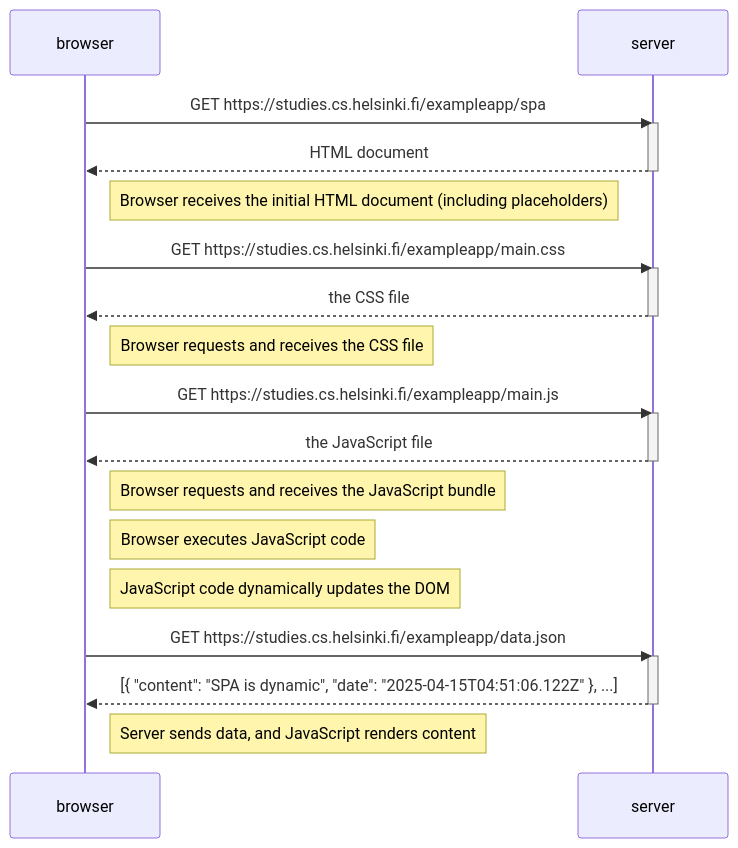
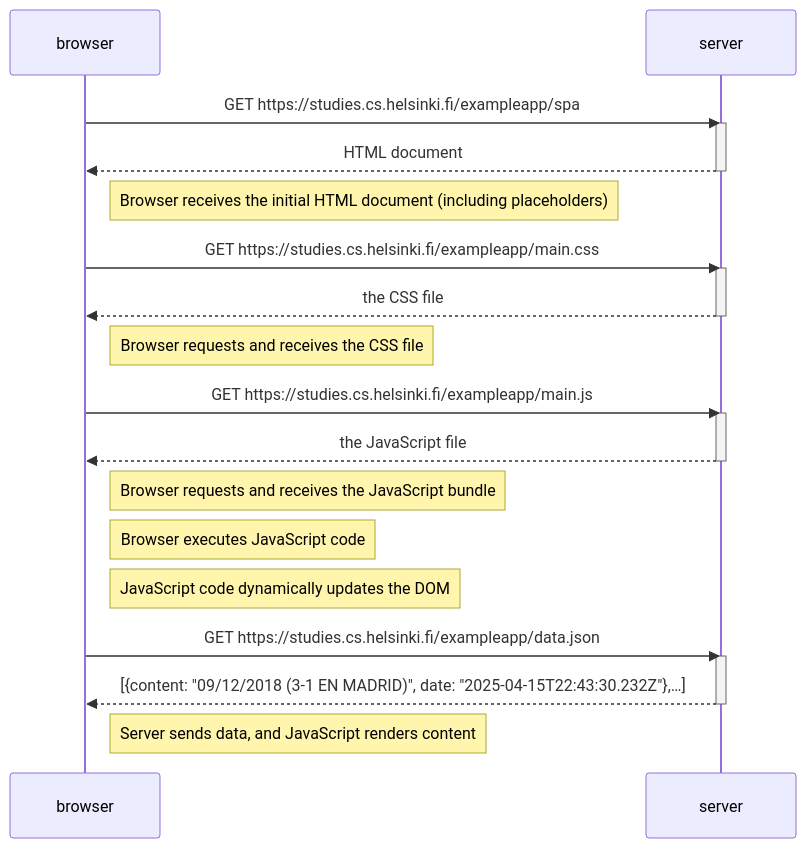
Before and after one commit to ephemeral172/FullStackOpen: the diagram in part0/Exercises 0.1-0.6/0.5 Single page app diagram.md, drawn with Mermaid.

Commit message:
Update 0.5 Single page app diagram.md

````diff
--- a/part0/Exercises 0.1-0.6/0.5 Single page app diagram.md
+++ b/part0/Exercises 0.1-0.6/0.5 Single page app diagram.md
@@ -1,53 +1,53 @@
 ```mermaid
 
 sequenceDiagram
 
     participant browser
 
     participant server
 
     browser->>server: GET https://studies.cs.helsinki.fi/exampleapp/spa
 
     activate server
 
     server-->>browser: HTML document
 
     deactivate server
 
     Note right of browser: Browser receives the initial HTML document (including placeholders)
 
     browser->>server: GET https://studies.cs.helsinki.fi/exampleapp/main.css
 
     activate server
 
     server-->>browser: the CSS file
 
     deactivate server
 
     Note right of browser: Browser requests and receives the CSS file
 
     browser->>server: GET https://studies.cs.helsinki.fi/exampleapp/main.js
 
     activate server
 
     server-->>browser: the JavaScript file
 
     deactivate server
 
     Note right of browser: Browser requests and receives the JavaScript bundle
 
     Note right of browser: Browser executes JavaScript code
 
     Note right of browser: JavaScript code dynamically updates the DOM
 
     browser->>server: GET https://studies.cs.helsinki.fi/exampleapp/data.json
 
     activate server
 
-    server-->>browser: [{ "content": "SPA is dynamic", "date": "2025-04-15T04:51:06.122Z" }, ...]
+    server-->>browser: [{content: "09/12/2018 (3-1 EN MADRID)", date: "2025-04-15T22:43:30.232Z"},…]
 
     deactivate server
 
     Note right of browser: Server sends data, and JavaScript renders content
 
 ```
````
